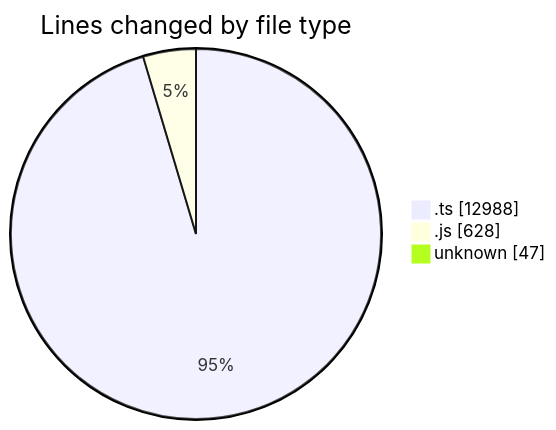
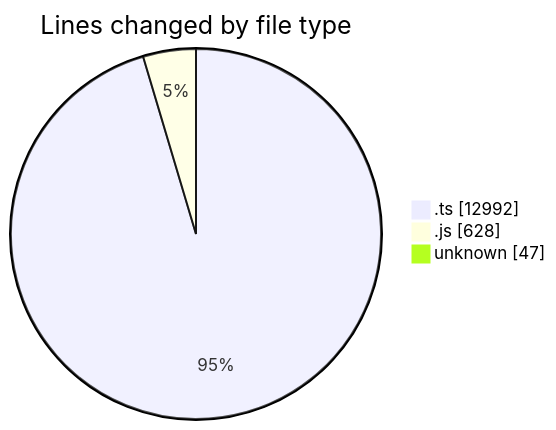
The first of 2 diagrams in 2025-09-05/cda/README.md (momahboobian/code-tracking), drawn with Mermaid before and after one commit. The commit also changed other lines of this file and 1 other file, not shown here.

````diff
--- a/2025-09-05/cda/README.md
+++ b/2025-09-05/cda/README.md
@@ -27,7 +27,7 @@
 ```mermaid
 pie showData
 title Lines changed by file type
-".ts" : 12988
+".ts" : 12992
 ".js" : 628
 "unknown" : 47
 ```
````
